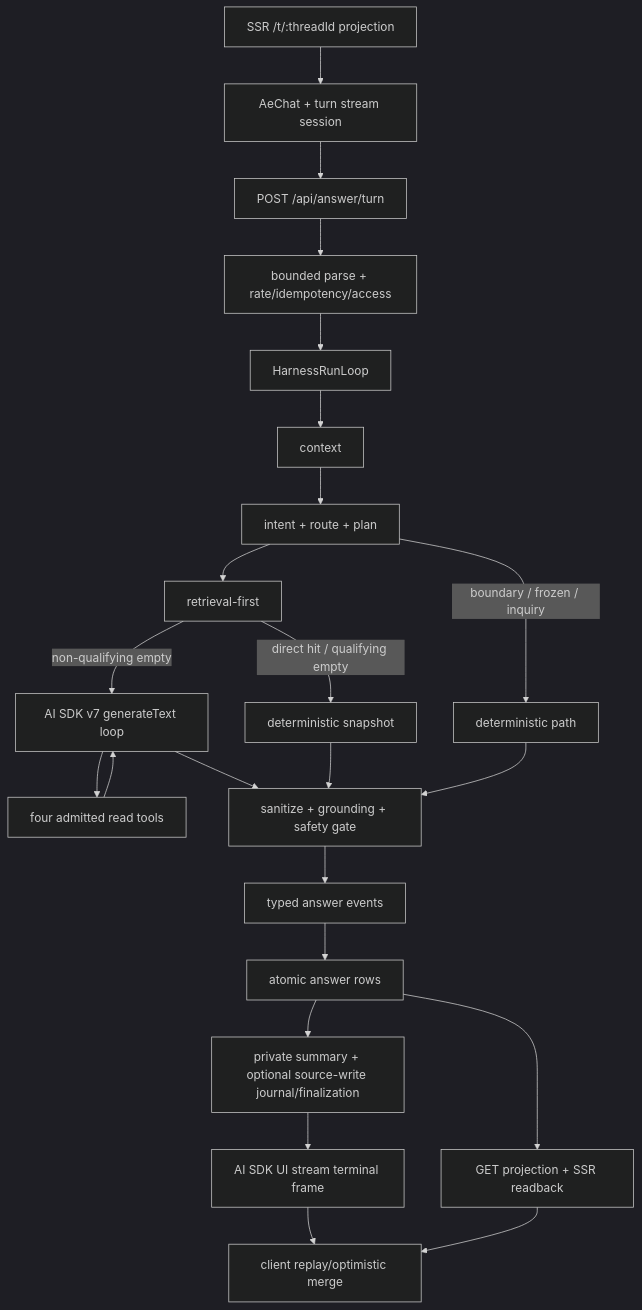
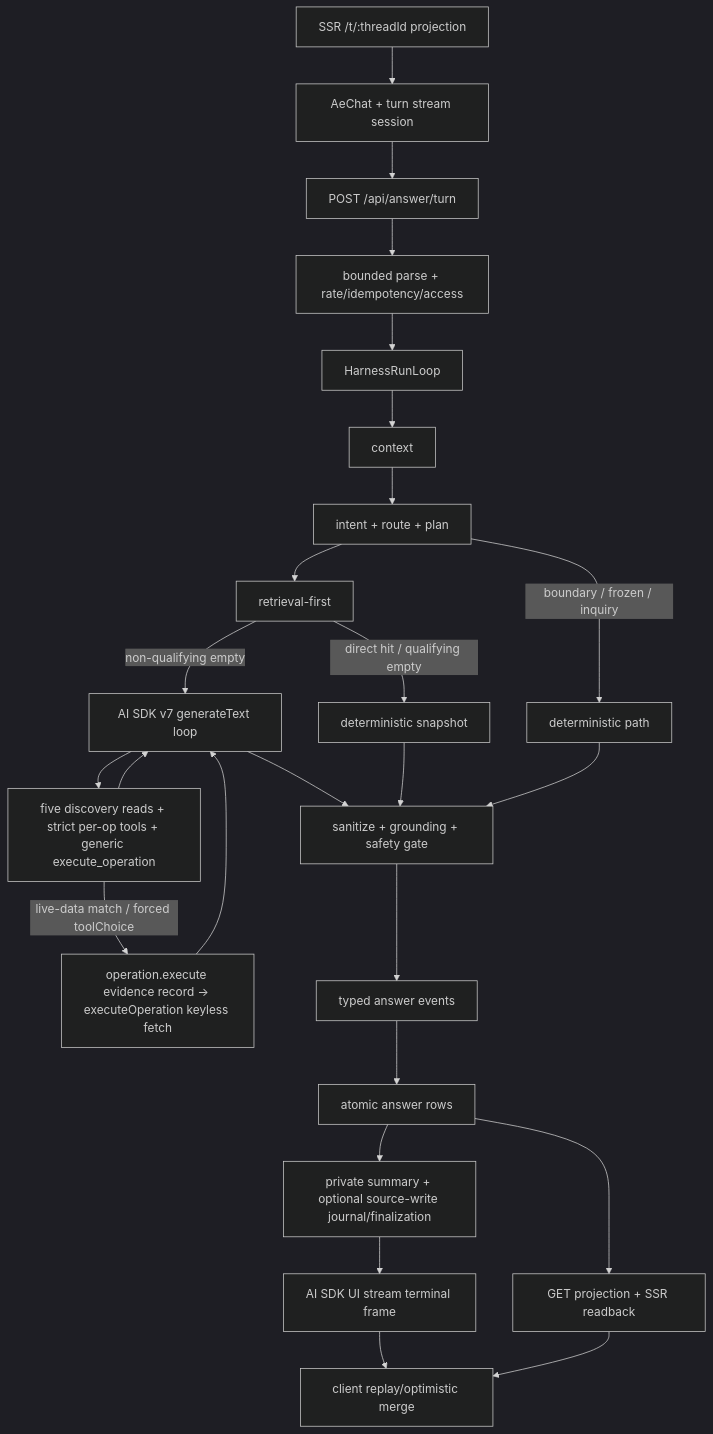
Before and after one commit to CreasyBear/Agentic-Economy: the first of 4 diagrams in .planning/codebase/PROMPT-DATA-FLOW.md, drawn with Mermaid (dark theme). The commit also changed other lines of this file and 1 other file, not shown here.

Commit message:
docs: refresh maintained data flow maps

````diff
--- a/.planning/codebase/PROMPT-DATA-FLOW.md
+++ b/.planning/codebase/PROMPT-DATA-FLOW.md
@@ -68,22 +69,24 @@
 ```mermaid
 flowchart TD
   SSR["SSR /t/:threadId projection"] --> UI["AeChat + turn stream session"]
   UI --> HTTP["POST /api/answer/turn"]
   HTTP --> ADMIT["bounded parse + rate/idempotency/access"]
   ADMIT --> LOOP["HarnessRunLoop"]
   LOOP --> CTX["context"] --> ROUTE["intent + route + plan"]
   ROUTE --> RET["retrieval-first"]
   RET -->|direct hit / qualifying empty| SNAP["deterministic snapshot"]
   RET -->|non-qualifying empty| AGENT["AI SDK v7 generateText loop"]
   ROUTE -->|boundary / frozen / inquiry| DET["deterministic path"]
-  AGENT --> TOOLS["four admitted read tools"] --> AGENT
+  AGENT --> TOOLS["five discovery reads + strict per-op tools + generic execute_operation"] --> AGENT
+  TOOLS -->|"live-data match / forced toolChoice"| EXEC["operation.execute evidence record -> executeOperation keyless fetch"]
+  EXEC --> AGENT
   AGENT --> GATE["sanitize + grounding + safety gate"]
   SNAP --> GATE
   DET --> GATE
   GATE --> ASM["typed answer events"] --> PERSIST["atomic answer rows"]
   PERSIST --> FINAL["private summary + optional source-write journal/finalization"]
   FINAL --> SSE["AI SDK UI stream terminal frame"]
   PERSIST --> GET["GET projection + SSR readback"]
   SSE --> MERGE["client replay/optimistic merge"]
   GET --> MERGE
 ```
````
